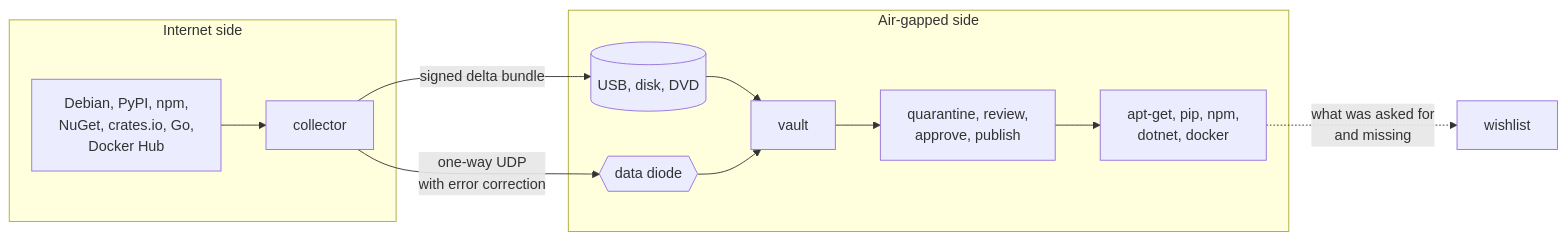
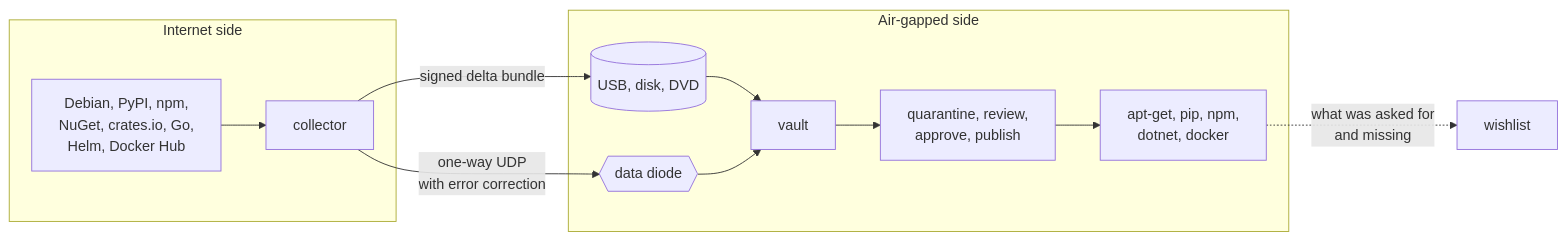
The diagram in README.md (Binchitects/mirror-every-repo), drawn with Mermaid before and after one commit. The commit also changed other lines of this file and 16 other files, not shown here.

First line of the commit message:
Add Helm chart format: sync, serving, and a real helm demo

````diff
--- a/README.md
+++ b/README.md
@@ -13,15 +13,15 @@
 ```mermaid
 flowchart LR
   subgraph out [Internet side]
-    U[Debian, PyPI, npm,<br/>NuGet, crates.io, Go,<br/>Docker Hub] --> C[collector]
+    U[Debian, PyPI, npm,<br/>NuGet, crates.io, Go,<br/>Helm, Docker Hub] --> C[collector]
   end
   C -- "signed delta bundle" --> M[(USB, disk, DVD)]
   C -- "one-way UDP<br/>with error correction" --> D{{data diode}}
   subgraph in [Air-gapped side]
     M --> V[vault]
     D --> V
     V --> G[quarantine, review,<br/>approve, publish]
     G --> K[apt-get, pip, npm,<br/>dotnet, docker]
   end
   K -. "what was asked for<br/>and missing" .-> W[wishlist]
 ```
````
